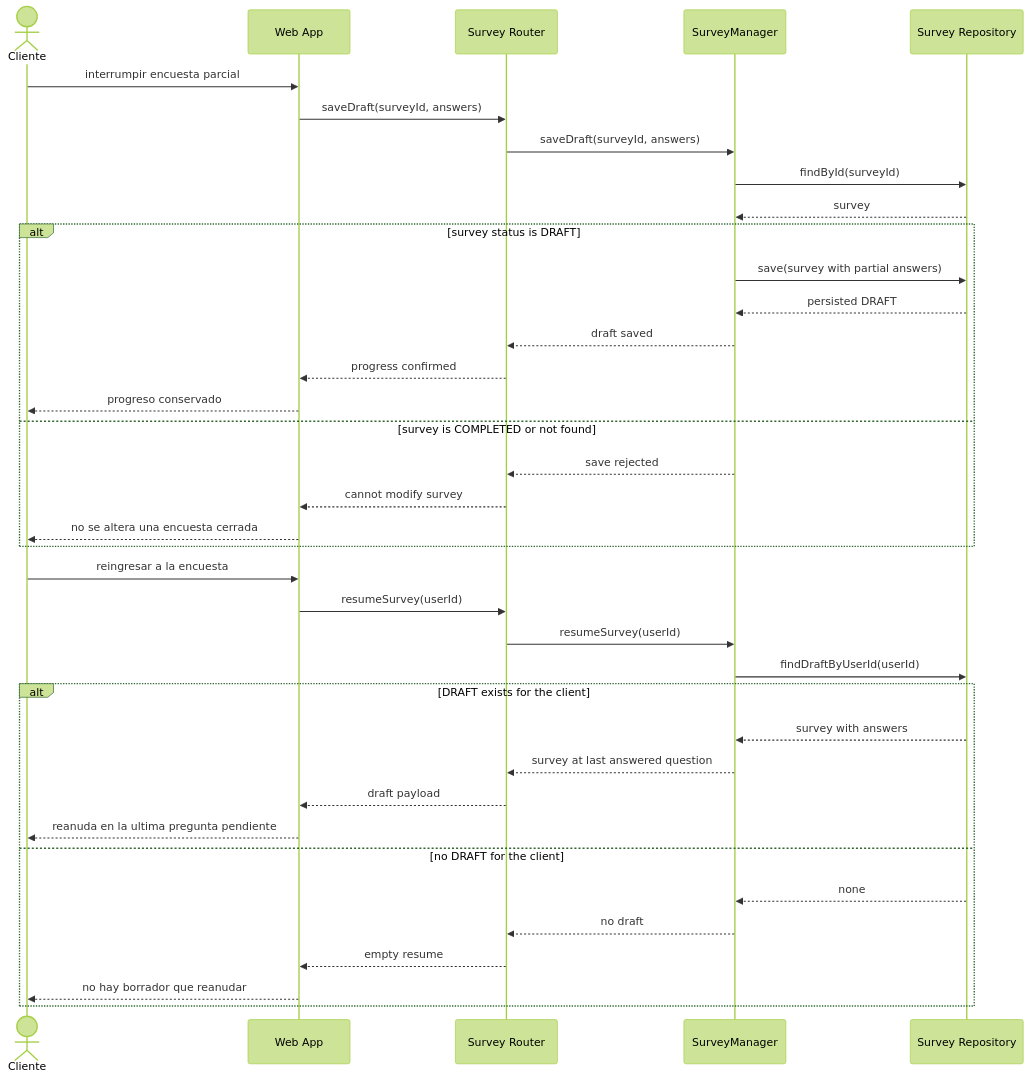
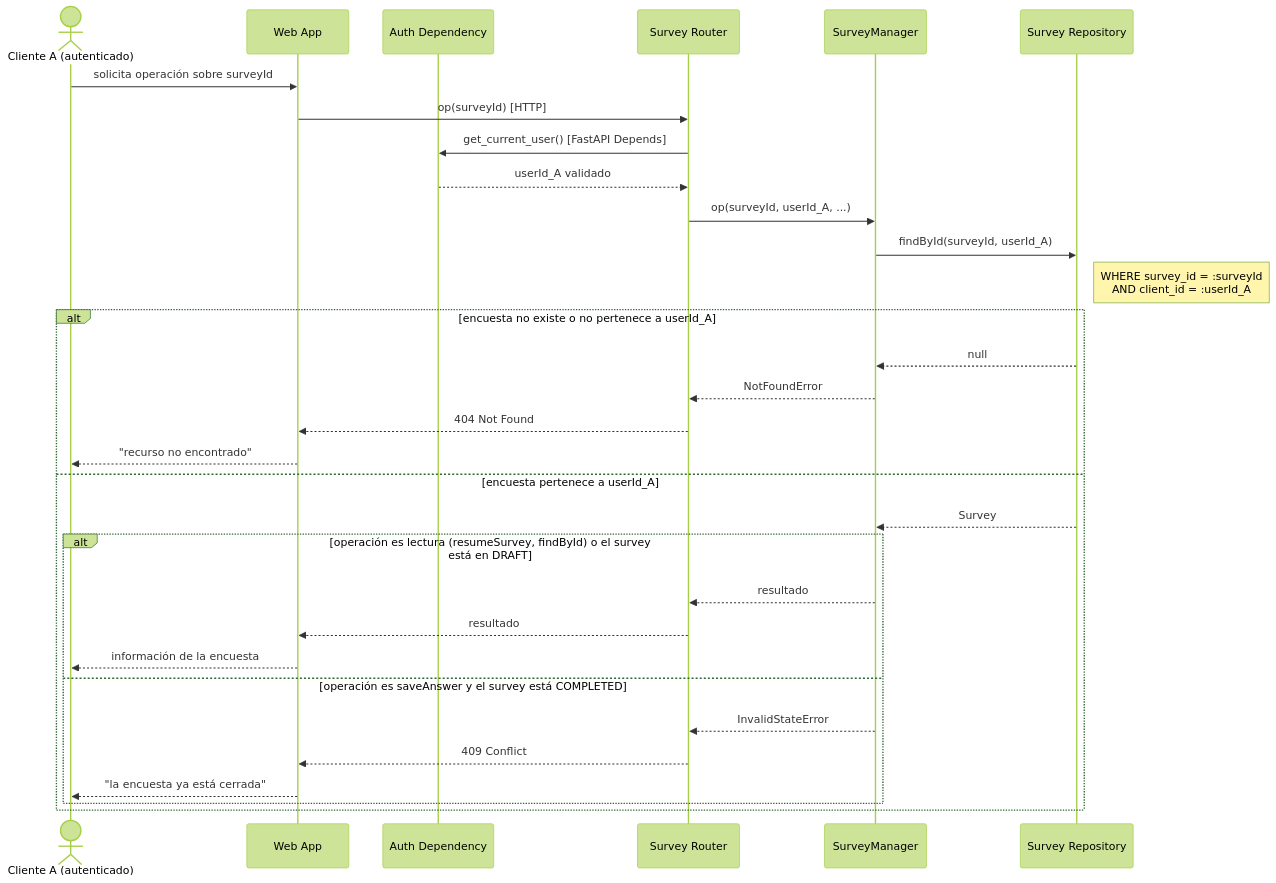
The third of 4 diagrams in docs/design/02_Interaction_and_Data_Design.md (juacortesva/Grupo-5-Finanzas-Ingesoft_I_UN_2026-II), drawn with Mermaid (forest theme) before and after one commit. The commit also changed other lines of this file, not shown here.

````diff
--- a/docs/design/02_Interaction_and_Data_Design.md
+++ b/docs/design/02_Interaction_and_Data_Design.md
@@ -78,41 +207,34 @@
 ```mermaid
 sequenceDiagram
-    actor Cliente
+    actor ClienteA as Cliente A (autenticado)
     participant WebApp as Web App
+    participant Auth as Auth Dependency
     participant SRouter as Survey Router
     participant SMgr as SurveyManager
     participant SRepo as Survey Repository
 
-    Cliente->>WebApp: interrumpir encuesta parcial
-    WebApp->>SRouter: saveDraft(surveyId, answers)
-    SRouter->>SMgr: saveDraft(surveyId, answers)
-    SMgr->>SRepo: findById(surveyId)
-    SRepo-->>SMgr: survey
-    alt survey status is DRAFT
-        SMgr->>SRepo: save(survey with partial answers)
-        SRepo-->>SMgr: persisted DRAFT
-        SMgr-->>SRouter: draft saved
-        SRouter-->>WebApp: progress confirmed
-        WebApp-->>Cliente: progreso conservado
-    else survey is COMPLETED or not found
-        SMgr-->>SRouter: save rejected
-        SRouter-->>WebApp: cannot modify survey
-        WebApp-->>Cliente: no se altera una encuesta cerrada
-    end
-
-    Cliente->>WebApp: reingresar a la encuesta
-    WebApp->>SRouter: resumeSurvey(userId)
-    SRouter->>SMgr: resumeSurvey(userId)
-    SMgr->>SRepo: findDraftByUserId(userId)
-    alt DRAFT exists for the client
-        SRepo-->>SMgr: survey with answers
-        SMgr-->>SRouter: survey at last answered question
-        SRouter-->>WebApp: draft payload
-        WebApp-->>Cliente: reanuda en la ultima pregunta pendiente
-    else no DRAFT for the client
-        SRepo-->>SMgr: none
-        SMgr-->>SRouter: no draft
-        SRouter-->>WebApp: empty resume
-        WebApp-->>Cliente: no hay borrador que reanudar
+    ClienteA->>WebApp: solicita operación sobre surveyId
+    WebApp->>SRouter: op(surveyId) [HTTP]
+    SRouter->>Auth: get_current_user() [FastAPI Depends]
+    Auth-->>SRouter: userId_A validado
+    SRouter->>SMgr: op(surveyId, userId_A, ...)
+    SMgr->>SRepo: findById(surveyId, userId_A)
+    Note right of SRepo: WHERE survey_id = :surveyId<br/>AND client_id = :userId_A
+    alt encuesta no existe o no pertenece a userId_A
+        SRepo-->>SMgr: null
+        SMgr-->>SRouter: NotFoundError
+        SRouter-->>WebApp: 404 Not Found
+        WebApp-->>ClienteA: "recurso no encontrado"
+    else encuesta pertenece a userId_A
+        SRepo-->>SMgr: Survey
+        alt operación es lectura (resumeSurvey, findById) o el survey está en DRAFT
+            SMgr-->>SRouter: resultado
+            SRouter-->>WebApp: resultado
+            WebApp-->>ClienteA: información de la encuesta
+        else operación es saveAnswer y el survey está COMPLETED
+            SMgr-->>SRouter: InvalidStateError
+            SRouter-->>WebApp: 409 Conflict
+            WebApp-->>ClienteA: "la encuesta ya está cerrada"
+        end
     end
 ```
````
